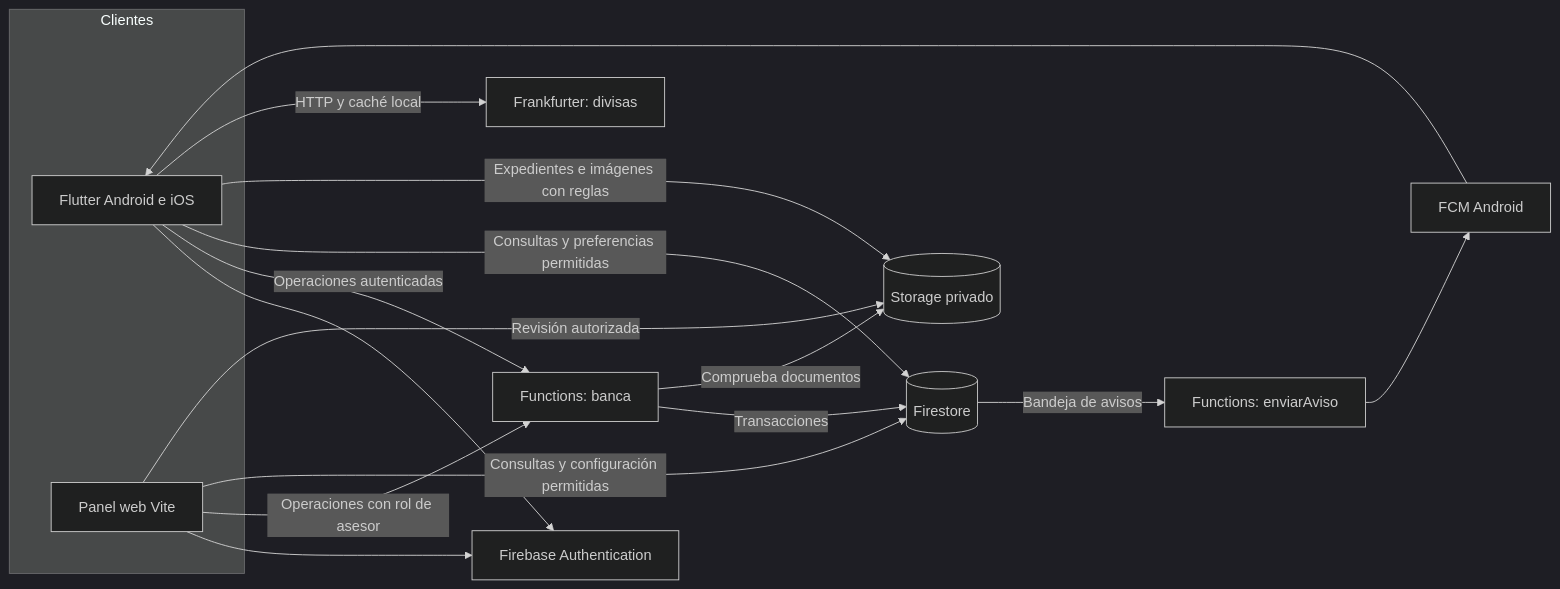
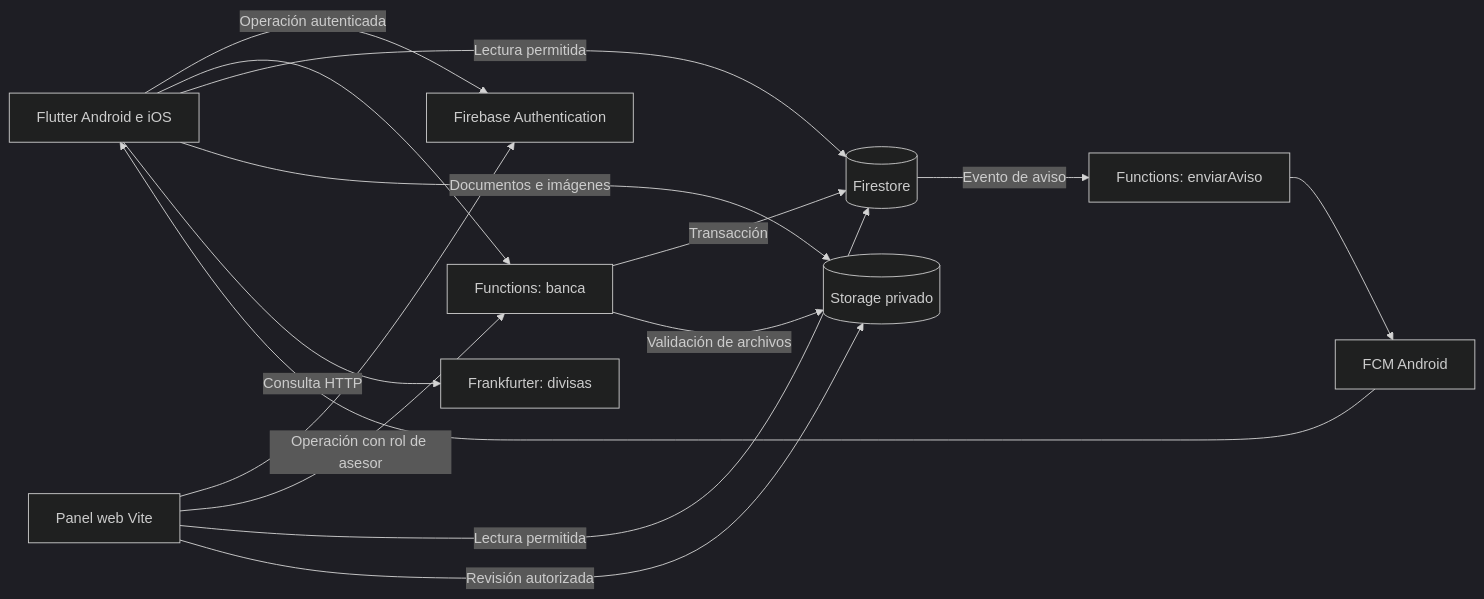
Before and after one commit to CodeArtNexus/financebro-flutter: the first of 3 diagrams in documentacion/arquitectura.md, drawn with Mermaid (dark theme). The commit also changed other lines of this file and 10 other files, not shown here.

````diff
--- a/documentacion/arquitectura.md
+++ b/documentacion/arquitectura.md
@@ -7,28 +7,17 @@
 ```mermaid
 flowchart LR
-  subgraph Clientes
-    M[Flutter Android e iOS]
-    A[Panel web Vite]
-  end
-  I[Firebase Authentication]
-  B[Functions: banca]
-  D[(Firestore)]
-  S[(Storage privado)]
-  O[Functions: enviarAviso]
-  P[FCM Android]
-  X[Frankfurter: divisas]
-  M --> I
-  A --> I
-  M -->|Operaciones autenticadas| B
-  A -->|Operaciones con rol de asesor| B
-  B -->|Transacciones| D
-  M -->|Consultas y preferencias permitidas| D
-  A -->|Consultas y configuración permitidas| D
-  M -->|Expedientes e imágenes con reglas| S
+  M[Flutter Android e iOS] --> I[Firebase Authentication]
+  A[Panel web Vite] --> I
+  M -->|Operación autenticada| B[Functions: banca]
+  A -->|Operación con rol de asesor| B
+  B -->|Transacción| D[(Firestore)]
+  M -->|Lectura permitida| D
+  A -->|Lectura permitida| D
+  M -->|Documentos e imágenes| S[(Storage privado)]
   A -->|Revisión autorizada| S
-  B -->|Comprueba documentos| S
-  D -->|Bandeja de avisos| O
-  O --> P
+  B -->|Validación de archivos| S
+  D -->|Evento de aviso| O[Functions: enviarAviso]
+  O --> P[FCM Android]
   P --> M
-  M -->|HTTP y caché local| X
+  M -->|Consulta HTTP| X[Frankfurter: divisas]
 ```
````
